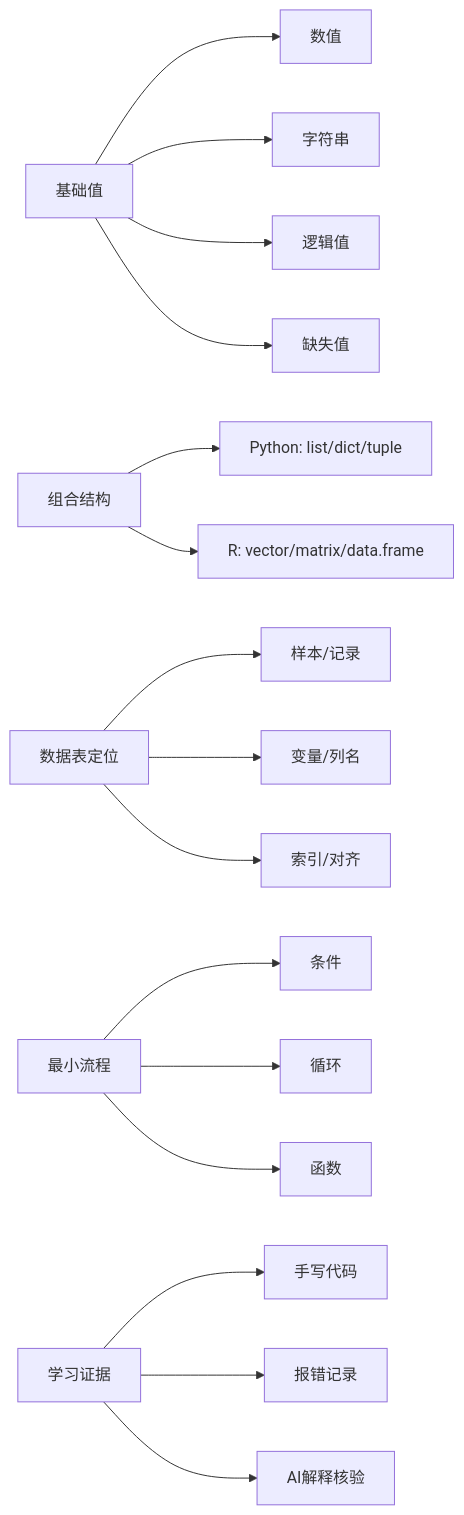
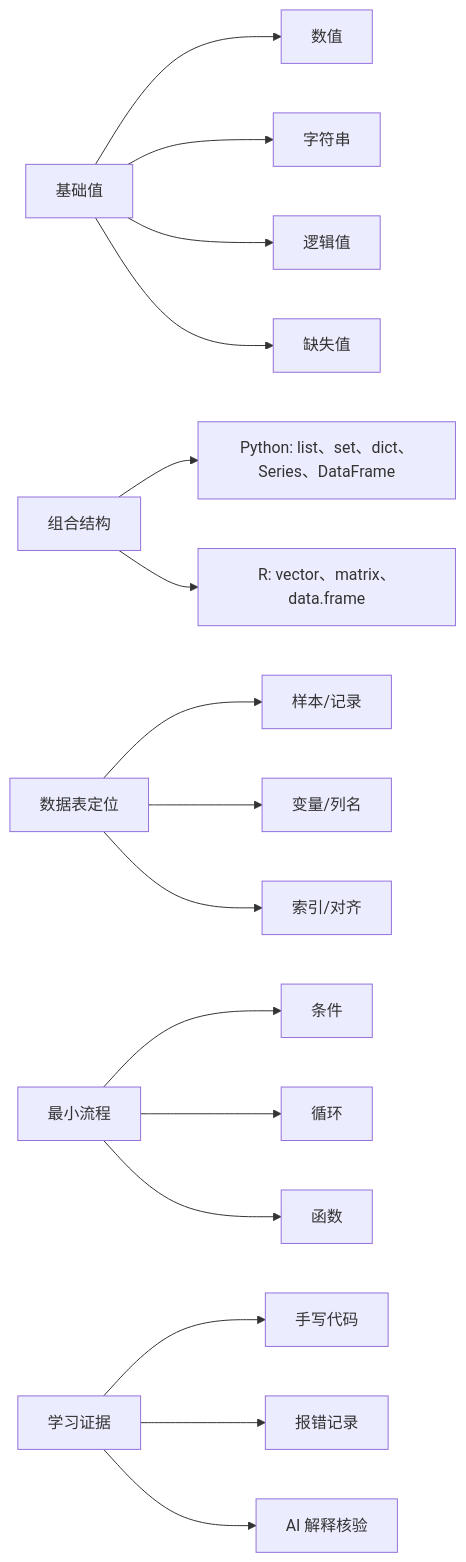
One commit to luvega/AI_MED_DataVis changed the second of 2 diagrams in docs/chapters/chapter-4/index.md. Above: the diagram before and after it, drawn with Mermaid. The commit also changed other lines of this file and 8 other files, not shown here.

````diff
--- a/docs/chapters/chapter-4/index.md
+++ b/docs/chapters/chapter-4/index.md
@@ -417,18 +880,18 @@
 ```mermaid
 flowchart LR
     A["基础值"] --> A1["数值"]
     A --> A2["字符串"]
     A --> A3["逻辑值"]
     A --> A4["缺失值"]
-    B["组合结构"] --> B1["Python: list/dict/tuple"]
-    B --> B2["R: vector/matrix/data.frame"]
+    B["组合结构"] --> B1["Python: list、set、dict、Series、DataFrame"]
+    B --> B2["R: vector、matrix、data.frame"]
     C["数据表定位"] --> C1["样本/记录"]
     C --> C2["变量/列名"]
     C --> C3["索引/对齐"]
     D["最小流程"] --> D1["条件"]
     D --> D2["循环"]
     D --> D3["函数"]
     E["学习证据"] --> E1["手写代码"]
     E --> E2["报错记录"]
-    E --> E3["AI解释核验"]
+    E --> E3["AI 解释核验"]
 ```
````
